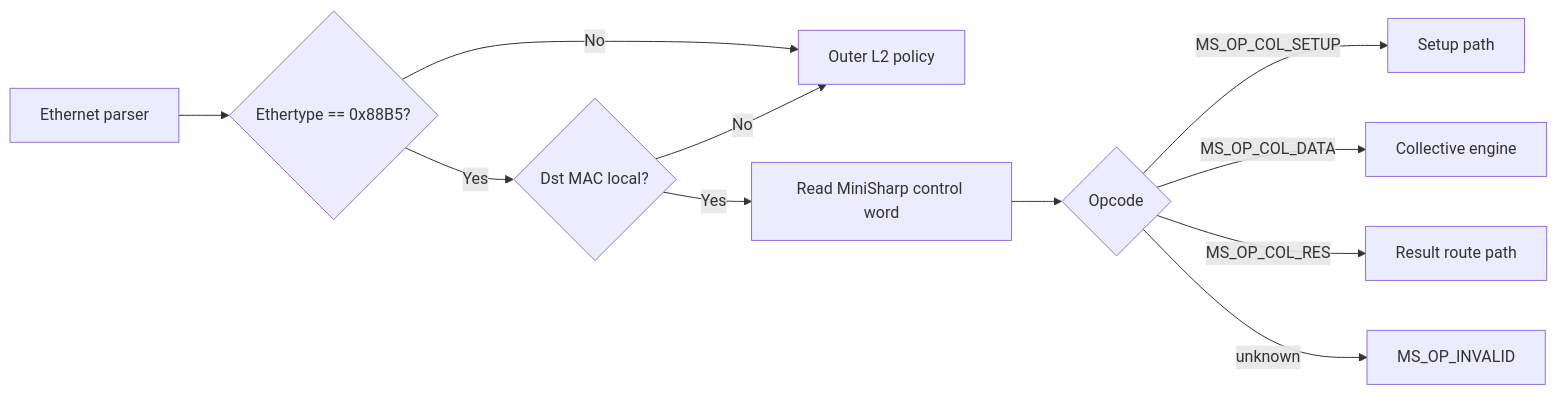
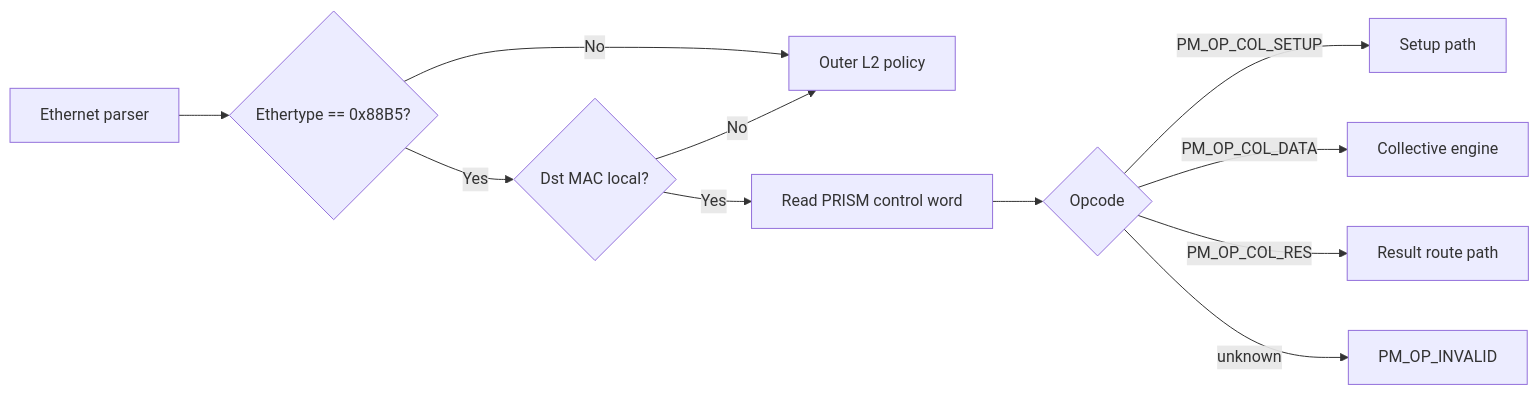
The fourth of 13 diagrams in docs/chapters/3-architecture/protocol.md (uniquadev/prism), drawn with Mermaid before and after one commit. The commit also changed other lines of this file and 21 other files, not shown here.

Commit message:
Rename MiniSharp to PRISM

````diff
--- a/docs/chapters/3-architecture/protocol.md
+++ b/docs/chapters/3-architecture/protocol.md
@@ -343,13 +343,13 @@
 ```mermaid
 flowchart LR
     ETH["Ethernet parser"] --> TYPE{"Ethertype == 0x88B5?"}
     TYPE -->|No| L2["Outer L2 policy"]
     TYPE -->|Yes| OWN{"Dst MAC local?"}
     OWN -->|No| L2
-    OWN -->|Yes| CTRL["Read MiniSharp control word"]
+    OWN -->|Yes| CTRL["Read PRISM control word"]
     CTRL --> OP{"Opcode"}
-    OP -->|MS_OP_COL_SETUP| SETUP["Setup path"]
-    OP -->|MS_OP_COL_DATA| DATA["Collective engine"]
-    OP -->|MS_OP_COL_RES| RES["Result route path"]
-    OP -->|unknown| INV["MS_OP_INVALID"]
+    OP -->|PM_OP_COL_SETUP| SETUP["Setup path"]
+    OP -->|PM_OP_COL_DATA| DATA["Collective engine"]
+    OP -->|PM_OP_COL_RES| RES["Result route path"]
+    OP -->|unknown| INV["PM_OP_INVALID"]
 ```
````
